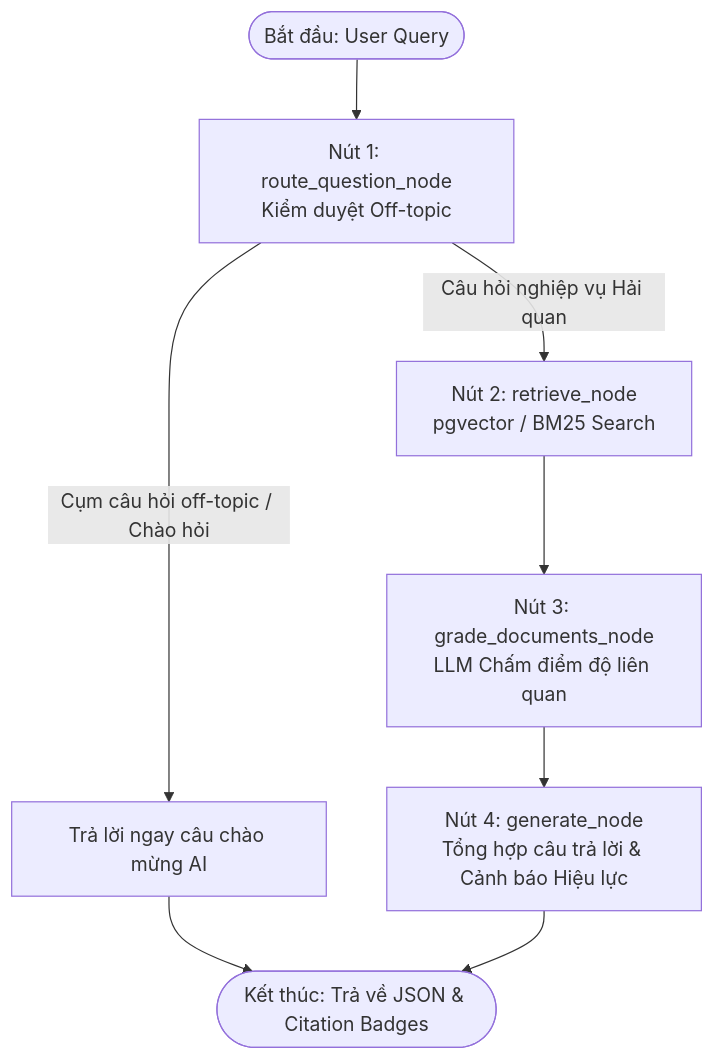
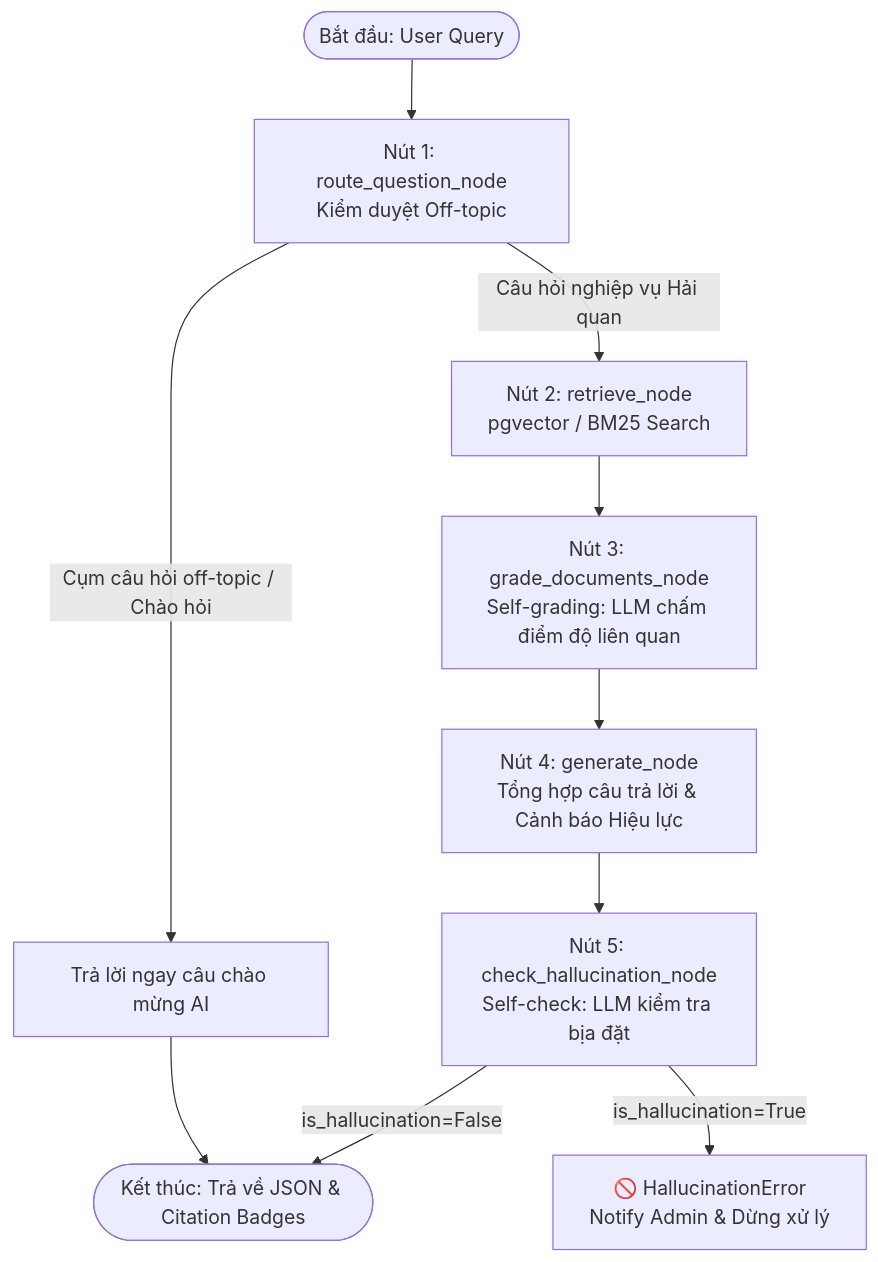
The diagram in README.md (Brozic2908/TRA-SAS-TEST), drawn with Mermaid before and after one commit. The commit also changed other lines of this file and 5 other files, not shown here.

````diff
--- a/README.md
+++ b/README.md
@@ -11,14 +11,16 @@
 ```mermaid
 graph TD
     Start([Bắt đầu: User Query]) --> Guard[Nút 1: route_question_node<br/>Kiểm duyệt Off-topic]
     
     Guard -- Cụm câu hỏi off-topic / Chào hỏi --> OffTopicAns[Trả lời ngay câu chào mừng AI]
     OffTopicAns --> End([Kết thúc: Trả về JSON & Citation Badges])
     
     Guard -- Câu hỏi nghiệp vụ Hải quan --> Retrieve[Nút 2: retrieve_node<br/>pgvector / BM25 Search]
-    Retrieve --> Grade[Nút 3: grade_documents_node<br/>LLM Chấm điểm độ liên quan]
+    Retrieve --> Grade[Nút 3: grade_documents_node<br/>Self-grading: LLM chấm điểm độ liên quan]
     
     Grade --> Generate[Nút 4: generate_node<br/>Tổng hợp câu trả lời & Cảnh báo Hiệu lực]
+    Generate --> HalCheck[Nút 5: check_hallucination_node<br/>Self-check: LLM kiểm tra bịa đặt]
     
-    Generate --> End
+    HalCheck -- is_hallucination=False --> End
+    HalCheck -- is_hallucination=True --> HalErr[🚫 HallucinationError<br/>Notify Admin & Dừng xử lý]
 ```
````
